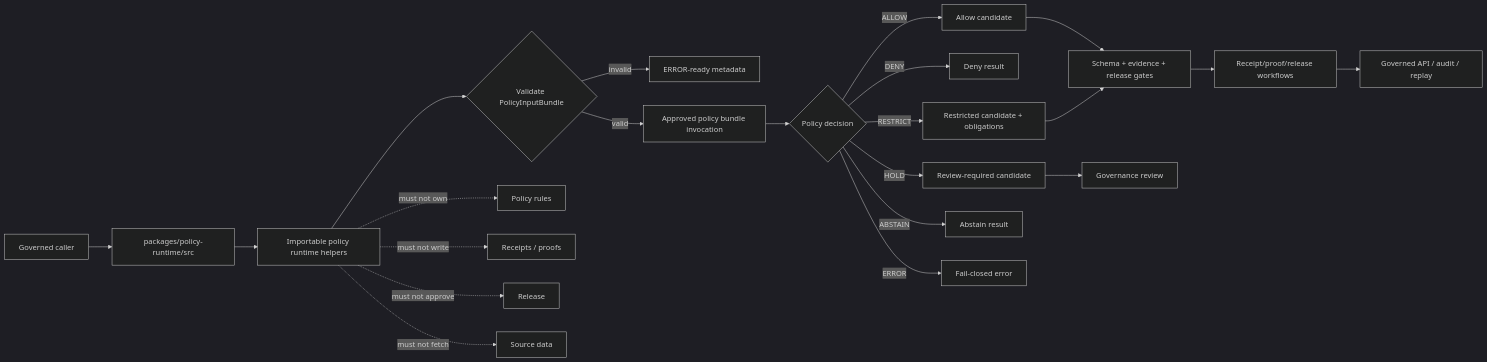
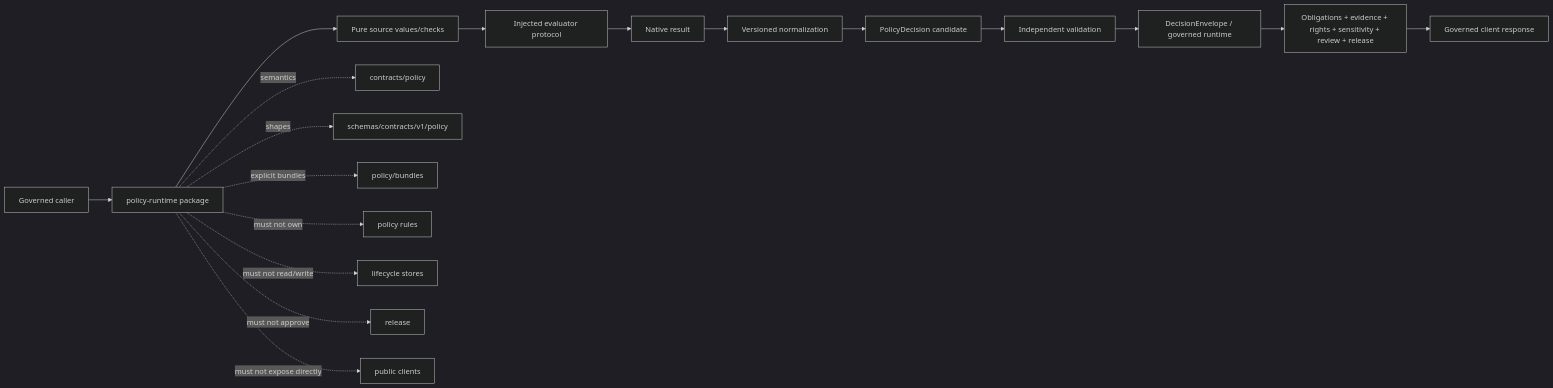
Before and after one commit to bartytime4life/Kansas-Frontier-Matrix: the diagram in packages/policy-runtime/src/README.md, drawn with Mermaid (dark theme). The commit also changed other lines of this file, not shown here.

Commit message:
docs(policy-runtime): ground source envelope

````diff
--- a/packages/policy-runtime/src/README.md
+++ b/packages/policy-runtime/src/README.md
@@ -202,25 +548,22 @@
 ```mermaid
 flowchart LR
-    A[Governed caller] --> B[packages/policy-runtime/src]
-    B --> C[Importable policy runtime helpers]
-    C --> D{Validate PolicyInputBundle}
-    D -->|invalid| E[ERROR-ready metadata]
-    D -->|valid| F[Approved policy bundle invocation]
-    F --> G{Policy decision}
-    G -->|ALLOW| H[Allow candidate]
-    G -->|DENY| I[Deny result]
-    G -->|RESTRICT| J[Restricted candidate + obligations]
-    G -->|HOLD| K[Review-required candidate]
-    G -->|ABSTAIN| L[Abstain result]
-    G -->|ERROR| M[Fail-closed error]
-    H --> N[Schema + evidence + release gates]
-    J --> N
-    K --> O[Governance review]
-    N --> P[Receipt/proof/release workflows]
-    P --> Q[Governed API / audit / replay]
+    A[Governed caller] --> B[policy-runtime package]
+    B --> C[Pure source values/checks]
+    C --> D[Injected evaluator protocol]
+    D --> E[Native result]
+    E --> F[Versioned normalization]
+    F --> G[PolicyDecision candidate]
+    G --> H[Independent validation]
+    H --> I[DecisionEnvelope / governed runtime]
+    I --> J[Obligations + evidence + rights + sensitivity + review + release]
+    J --> K[Governed client response]
 
-    C -. must not own .-> R[Policy rules]
-    C -. must not write .-> S[Receipts / proofs]
-    C -. must not approve .-> T[Release]
-    C -. must not fetch .-> U[Source data]
+    B -. semantics .-> L[contracts/policy]
+    B -. shapes .-> M[schemas/contracts/v1/policy]
+    B -. explicit bundles .-> N[policy/bundles]
+
+    B -. must not own .-> O[policy rules]
+    B -. must not read/write .-> P[lifecycle stores]
+    B -. must not approve .-> Q[release]
+    B -. must not expose directly .-> R[public clients]
 ```
````
